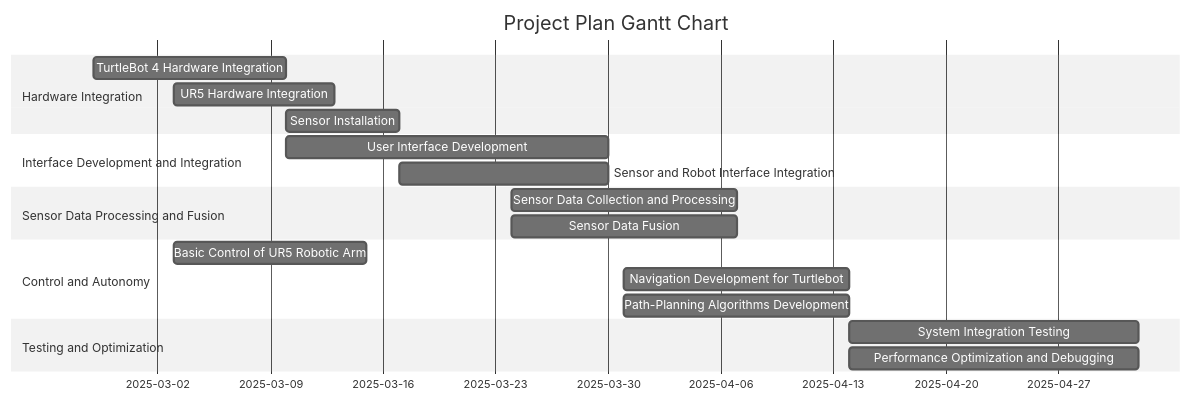
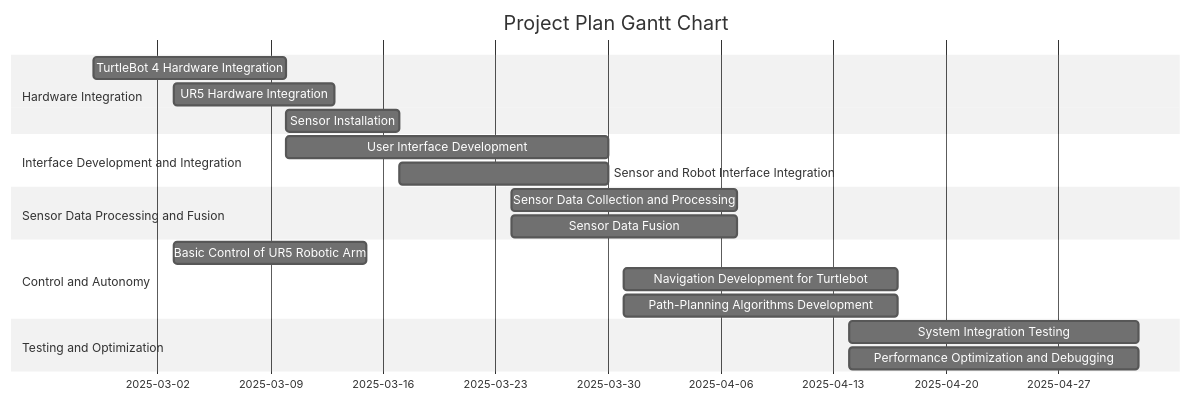
Before and after one commit to RAS598-2025-S-Team12/RAS598-2025-S-Team12.github.io: the diagram in docs/timeline.md, drawn with Mermaid (neutral theme).

````diff
--- a/docs/timeline.md
+++ b/docs/timeline.md
@@ -6,32 +6,32 @@
 ``` mermaid
 
 gantt
     title Project Plan Gantt Chart
     dateFormat  YYYY-MM-DD
 
     section Hardware Integration
     TurtleBot 4 Hardware Integration               :task2_1, 2025-02-26, 2025-03-10
     UR5 Hardware Integration                       :task2_2, 2025-03-03, 2025-03-13
     Sensor Installation          :task2_3, 2025-03-10, 2025-03-17
 
     section Interface Development and Integration
     User Interface Development:task3_1, 2025-03-10, 2025-03-30
     Sensor and Robot Interface Integration :task3_2, 2025-03-17, 2025-03-30
 
     section Sensor Data Processing and Fusion
     Sensor Data Collection and Processing           :task4_1, 2025-03-24, 2025-04-07
     Sensor Data Fusion                              :task4_2, 2025-03-24, 2025-04-07
 
     section Control and Autonomy 
     Basic Control of UR5 Robotic Arm                    :task5_1, 2025-03-03, 2025-03-15
-    Navigation Development for Turtlebot                :task5_2, 2025-03-31, 2025-04-14
-    Path-Planning Algorithms Development                :task5_3, 2025-03-31, 2025-04-14
+    Navigation Development for Turtlebot                :task5_2, 2025-03-31, 2025-04-17
+    Path-Planning Algorithms Development                :task5_3, 2025-03-31, 2025-04-17
     
 
     section Testing and Optimization
     System Integration Testing                     :task6_1, 2025-04-14, 2025-05-02
     Performance Optimization and Debugging         :task6_2, 2025-04-14, 2025-05-02
 
 
 
 ```
````
